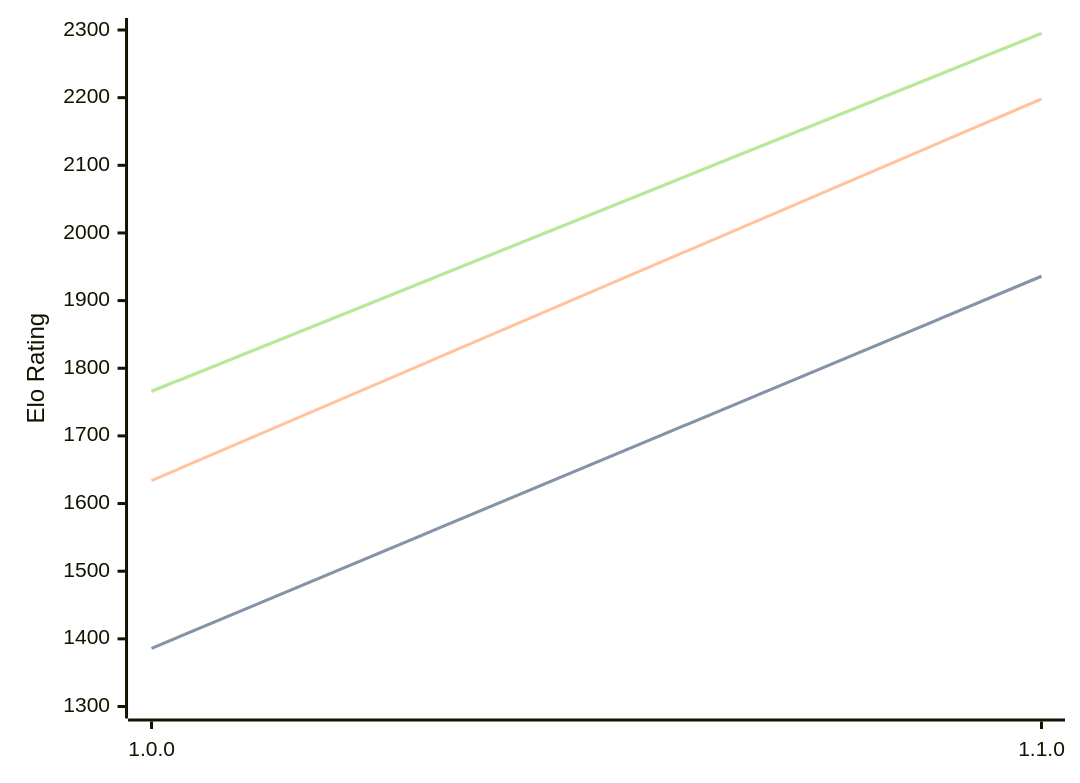
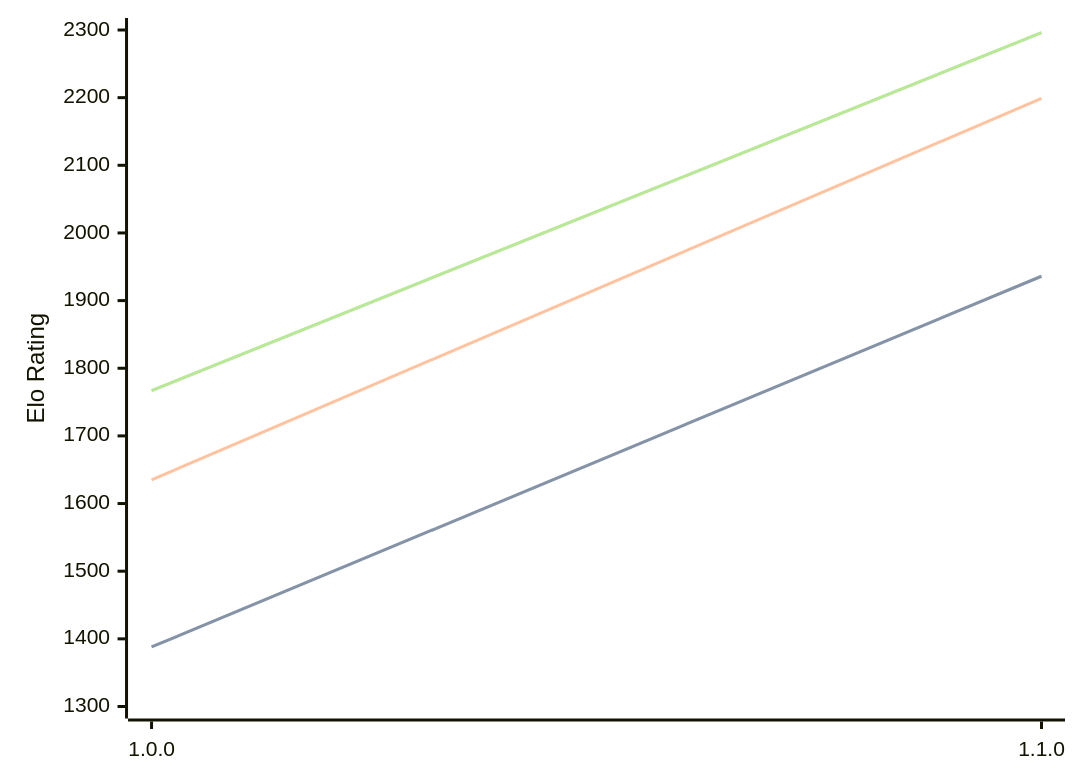
Before and after one commit to computer-chess-index/cci: the diagram in engines/Akerbeltz.md, drawn with Mermaid. The commit also changed other lines of this file, not shown here.

Commit message:
Update CCI Ratings (ELO VLTC) - 2026-08-26

````diff
--- a/engines/Akerbeltz.md
+++ b/engines/Akerbeltz.md
@@ -32,11 +32,11 @@
 ```mermaid
 %%{init: {"theme":"base","themeVariables":{"seriesColors:['#a3a3a3','#222221','#faa371']}}}%%
 xychart-beta
   x-axis ["1.0.0", "1.1.0"]
   y-axis "Elo Rating" 1300 --> 2300
-  line "STC (8.0+0.08s)" [1386, 1936]
-  line "STC (8.0+0.08s)" [1386, 1936]
-  line "LTC (60.0+0.60s)" [1634, 2198]
-  line "VLTC (2m24s+1.12s)" [1766, 2295]
-  line "VLTC (2m24s+1.12s)" [1766, 2295]
+  line "STC (8.0+0.08s)" [1388, 1936]
+  line "STC (8.0+0.08s)" [1388, 1936]
+  line "LTC (60.0+0.60s)" [1635, 2199]
+  line "VLTC (2m24s+1.12s)" [1767, 2296]
+  line "VLTC (2m24s+1.12s)" [1767, 2296]
 ```
````
